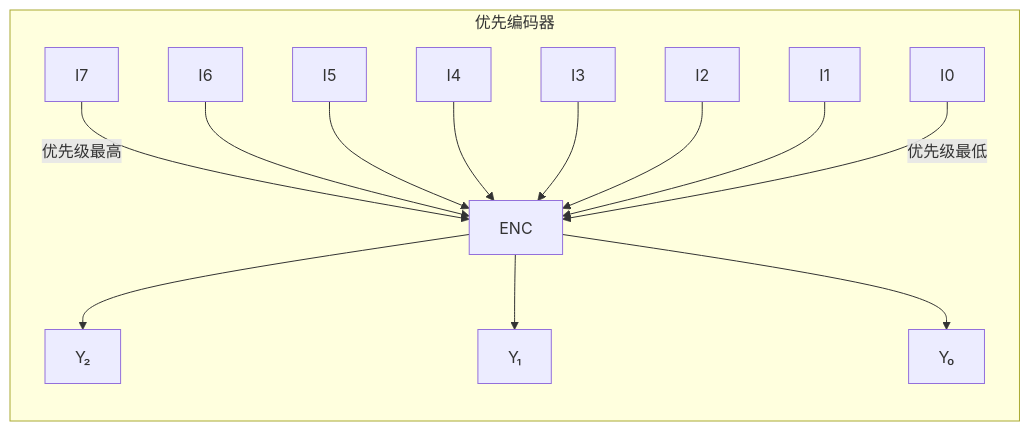
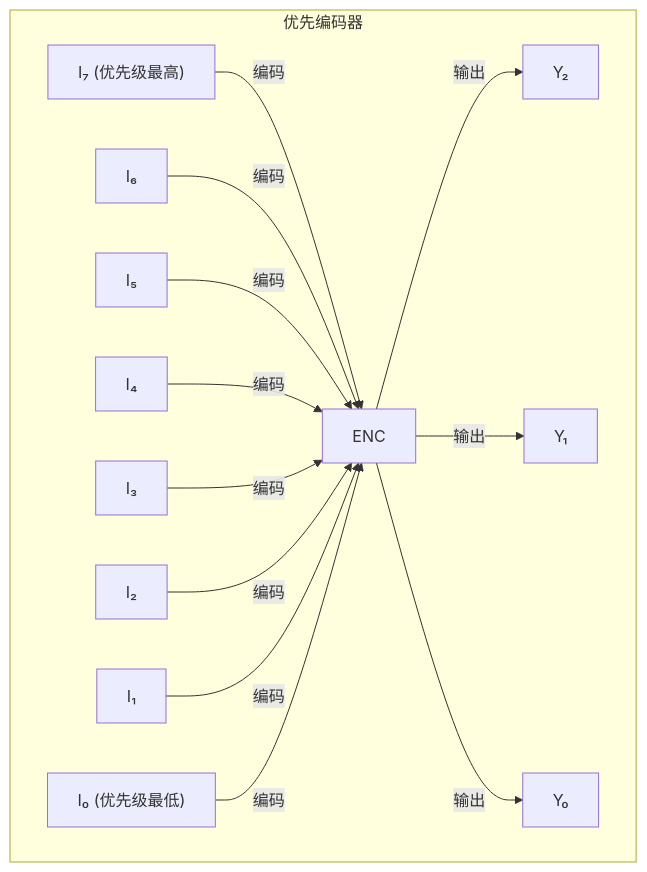
One commit to Ling-cn111/study-notes-2026 changed the second of 6 diagrams in 数电/第四章：组合逻辑电路.md. Above: the diagram before and after it, drawn with Mermaid. The commit also changed other lines of this file and 4 other files, not shown here.

Commit message:
fix: 修正数电文档中多处mermaid语法错误

````diff
--- a/数电/第四章：组合逻辑电路.md
+++ b/数电/第四章：组合逻辑电路.md
@@ -135,17 +135,16 @@
 ```mermaid
-flowchart RL
+flowchart TD
     subgraph 优先编码器
-        direction TB
-        I7 -- 优先级最高 --> ENC
-        I6 --> ENC
-        I5 --> ENC
-        I4 --> ENC
-        I3 --> ENC
-        I2 --> ENC
-        I1 --> ENC
-        I0 -- 优先级最低 --> ENC
-        ENC --> Y2[Y₂]
-        ENC --> Y1[Y₁]
-        ENC --> Y0[Y₀]
+        I7["I₇ (优先级最高)"] -->|编码| ENC
+        I6["I₆"] -->|编码| ENC
+        I5["I₅"] -->|编码| ENC
+        I4["I₄"] -->|编码| ENC
+        I3["I₃"] -->|编码| ENC
+        I2["I₂"] -->|编码| ENC
+        I1["I₁"] -->|编码| ENC
+        I0["I₀ (优先级最低)"] -->|编码| ENC
+        ENC -->|输出| Y2[Y₂]
+        ENC -->|输出| Y1[Y₁]
+        ENC -->|输出| Y0[Y₀]
     end
 ```
````
